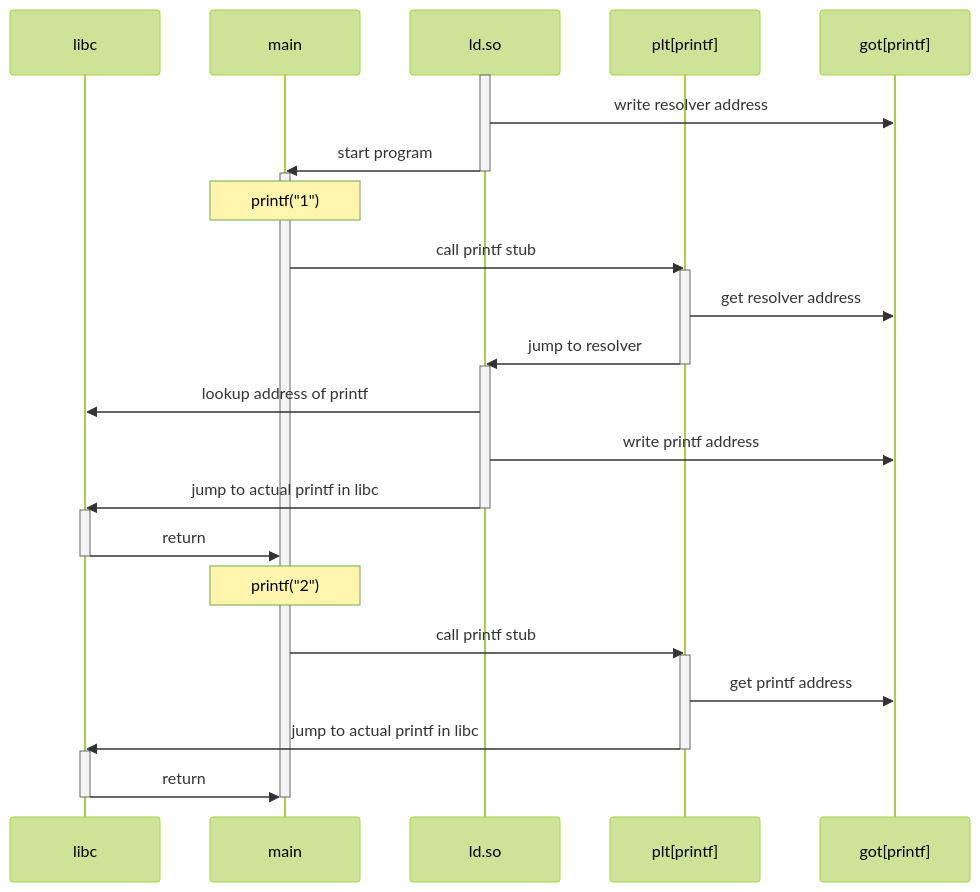
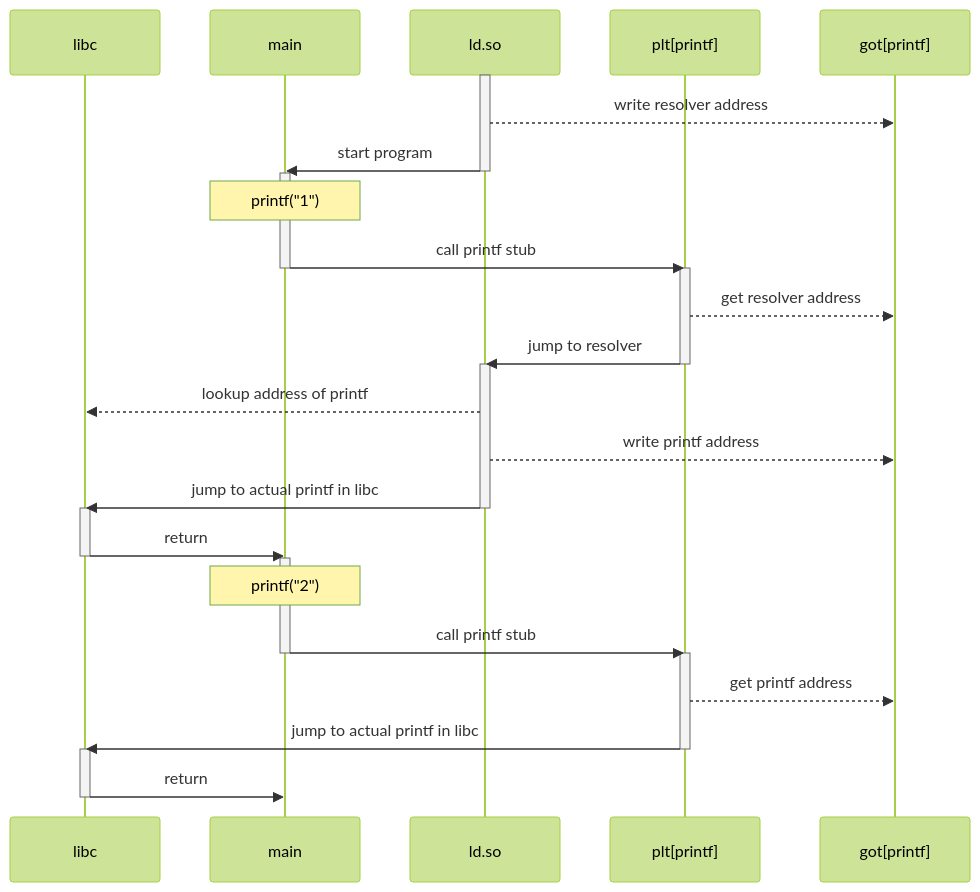
The fifth of 5 diagrams in README.md (robertdfrench/ifuncd-up), drawn with Mermaid (forest theme) before and after one commit. The commit also changed other lines of this file, not shown here.

Commit message:
Highlight what the CPU is doing at each step
Main had previously been lit up the whole time, but that's less
descriptive than showing where the program counter is.

````diff
--- a/README.md
+++ b/README.md
@@ -291,42 +290,42 @@
 ```mermaid
 sequenceDiagram
     participant libc
     participant main
     participant ld.so
     participant printf_plt as plt[printf]
     participant printf_got as got[printf]
 
     activate ld.so
-    ld.so->>printf_got: write resolver address
+    ld.so-->>printf_got: write resolver address
     ld.so->>main: start program
     deactivate ld.so
     activate main
 
     note over main: printf("1")
     main->>printf_plt: call printf stub
+    deactivate main
     activate printf_plt
-    printf_plt->>printf_got: get resolver address
+    printf_plt-->>printf_got: get resolver address
     printf_plt->>ld.so: jump to resolver
     deactivate printf_plt
     activate ld.so
-    ld.so->>libc: lookup address of printf
-    ld.so->>printf_got: write printf address
+    ld.so-->>libc: lookup address of printf
+    ld.so-->>printf_got: write printf address
     ld.so->>libc: jump to actual printf in libc
     deactivate ld.so
     activate libc
     libc->>main: return
     deactivate libc
+    activate main
 
     note over main: printf("2")
     main->>printf_plt: call printf stub
+    deactivate main
     activate printf_plt
-    printf_plt->>printf_got: get printf address
+    printf_plt-->>printf_got: get printf address
     printf_plt->>libc: jump to actual printf in libc
     deactivate printf_plt
     activate libc
     libc->>main: return
     deactivate libc
-
-
-    deactivate main
 ```
````
